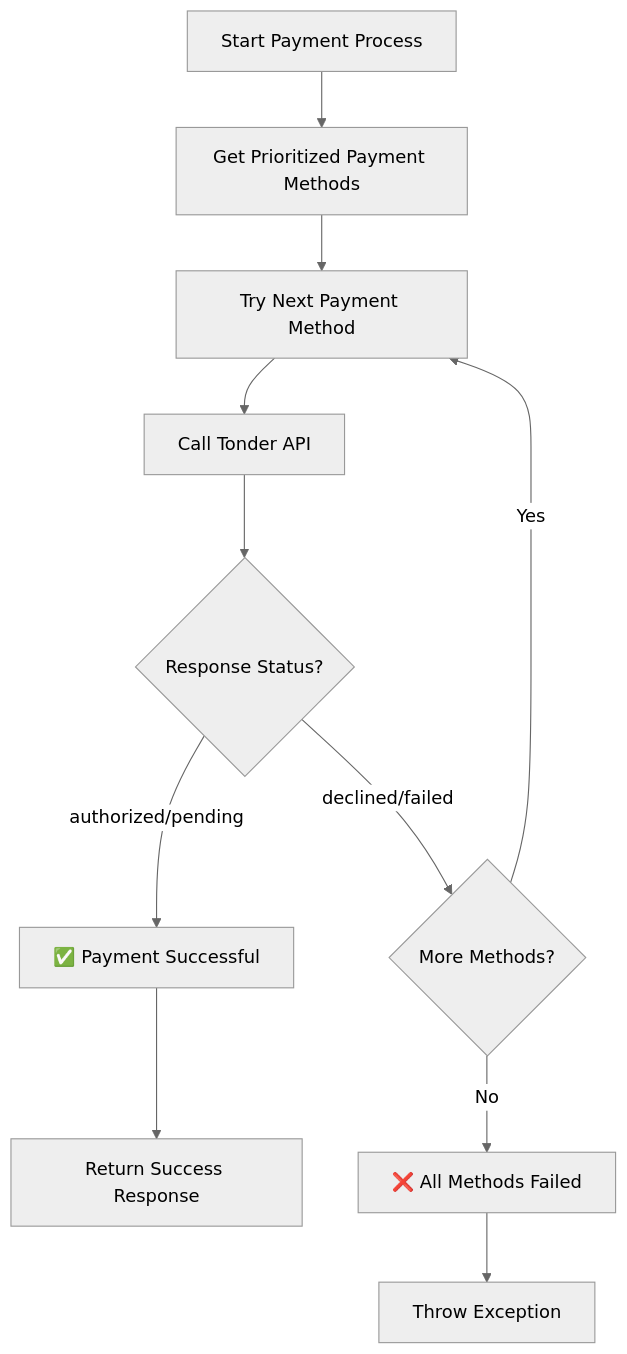
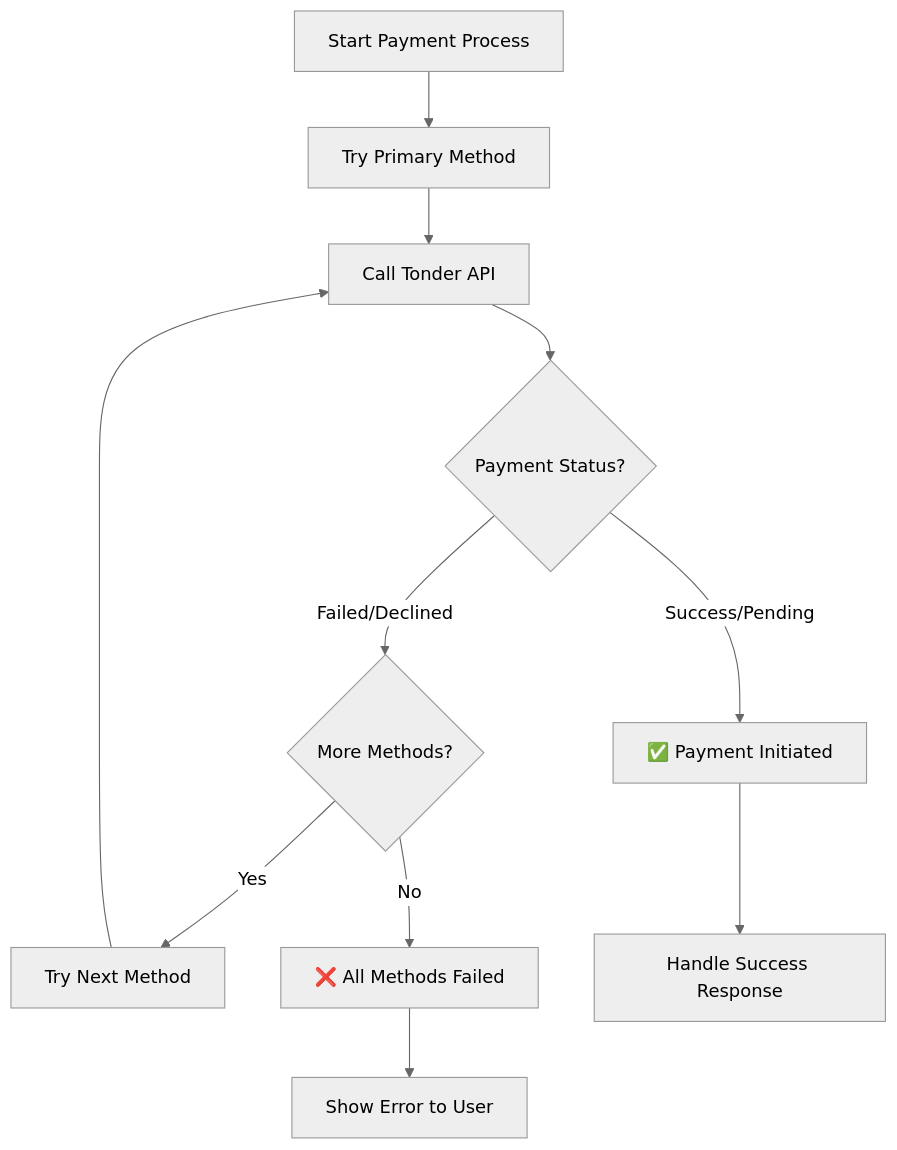
The diagram in direct-integration/guides/create-payments/create-a-multi-method-payment.mdx (tonderio/tonder-docs-v3), drawn with Mermaid (neutral theme) before and after one commit. The commit also changed other lines of this file and 15 other files, not shown here.

````diff
--- a/direct-integration/guides/create-payments/create-a-multi-method-payment.mdx
+++ b/direct-integration/guides/create-payments/create-a-multi-method-payment.mdx
@@ -50,13 +22,13 @@
 ```mermaid
 flowchart TD
-    A[Start Payment Process] --> B[Get Prioritized Payment Methods]
-    B --> C[Try Next Payment Method]
-    C --> D[Call Tonder API]
-    D --> E{Response Status?}
-    E -->|authorized/pending| F[✅ Payment Successful]
-    E -->|declined/failed| G{More Methods?}
-    G -->|Yes| C
-    G -->|No| H[❌ All Methods Failed]
-    F --> I[Return Success Response]
-    H --> J[Throw Exception]
+    A[Start Payment Process] --> B[Try Primary Method]
+    B --> C[Call Tonder API]
+    C --> D{Payment Status?}
+    D -->|Success/Pending| E[✅ Payment Initiated]
+    D -->|Failed/Declined| F{More Methods?}
+    F -->|Yes| G[Try Next Method]
+    F -->|No| H[❌ All Methods Failed]
+    G --> C
+    E --> I[Handle Success Response]
+    H --> J[Show Error to User]
 ```
````
